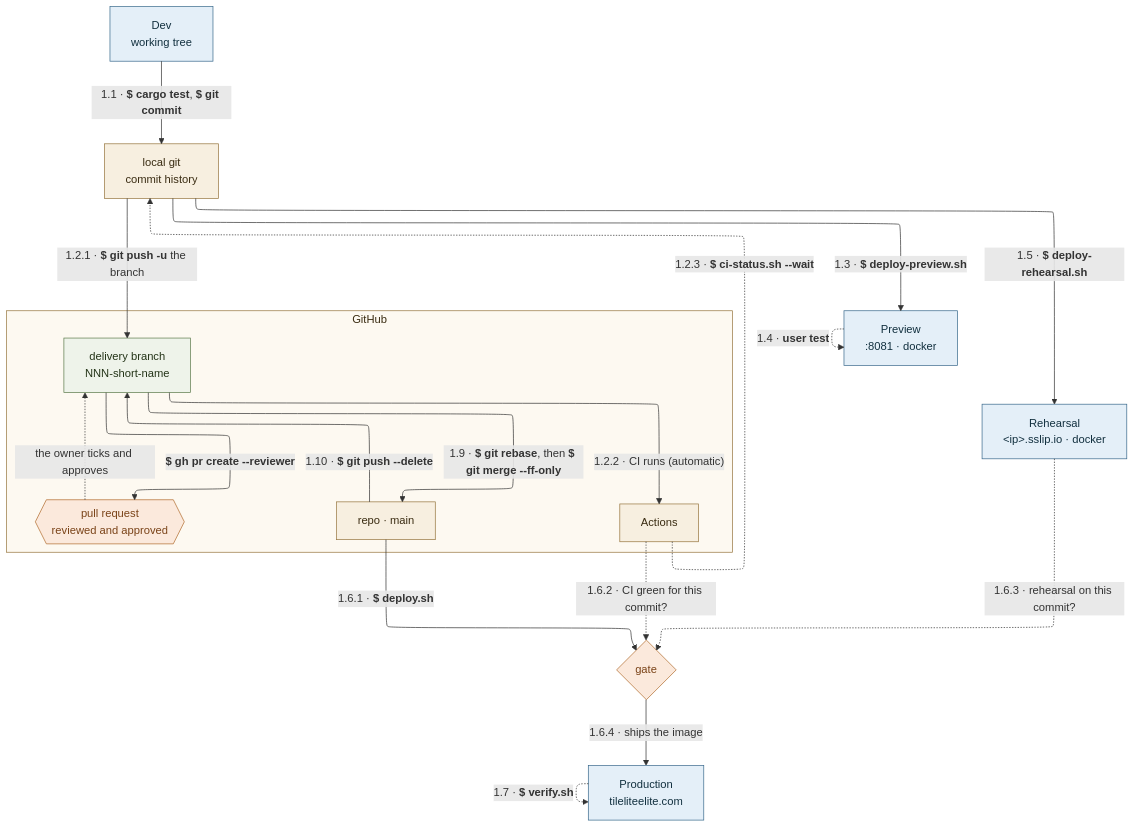
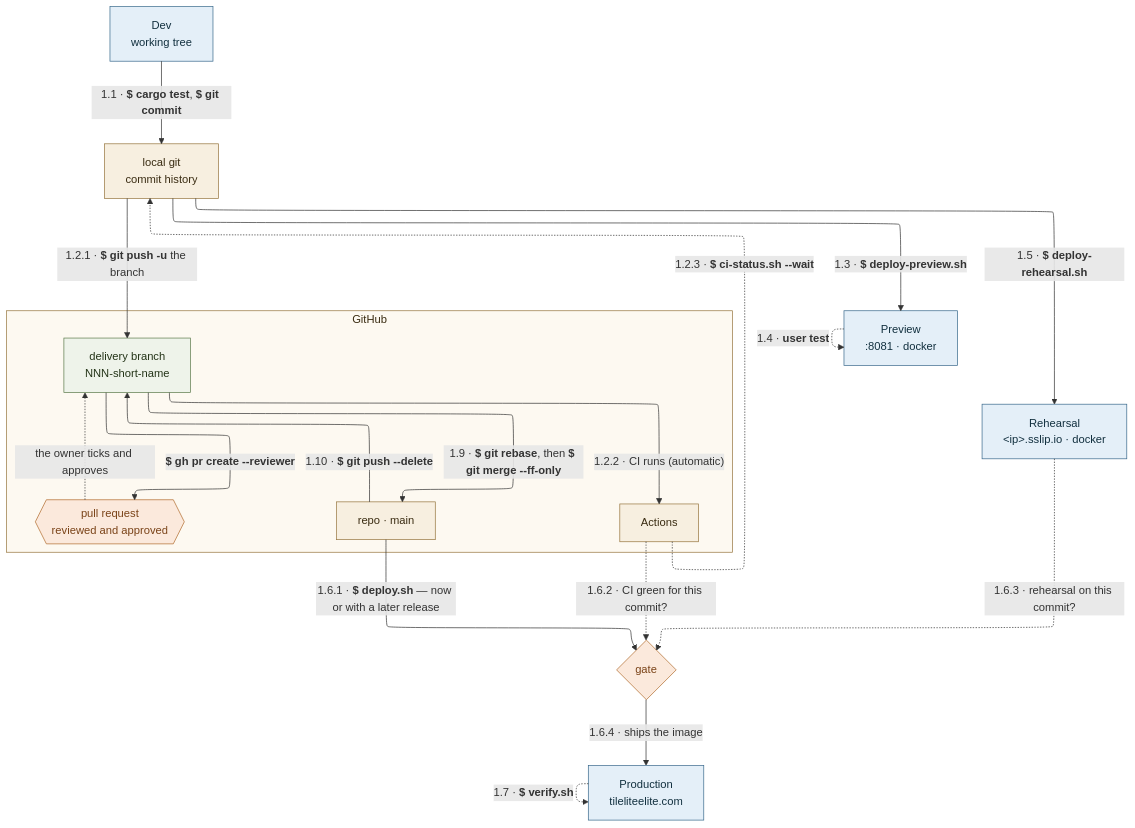
The diagram in docs/diagrams/flavour-c-single-delivery-release.mmd (delphside/programme), drawn with Mermaid before and after one commit. The commit also changed 3 other files, not shown here.

First line of the commit message:
app 0.8.1 api 2.13: the flavour diagrams carry D55

```diff
--- a/docs/diagrams/flavour-c-single-delivery-release.mmd
+++ b/docs/diagrams/flavour-c-single-delivery-release.mmd
@@ -1,65 +1,71 @@
 ---
 config:
   layout: elk
   elk:
     nodePlacementStrategy: BRANDES_KOEPF
 ---
 flowchart TB
     %% Flavour C — a release carrying one delivery. docs/3.3, the flavours
     %% table: 1.1, 1.2, 1.3, 1.4, 1.5, then 1.9, then 1.6, 1.7, 1.10.
     %% .
     %% Arrow numbers are docs/3.3 part 1 section numbers, so 1.9 sitting
     %% between 1.5 and 1.6 is not a mistake in the numbering — it is the
     %% point of the flavour. The release is proved on the branch, then main
     %% takes it by fast-forward, and production deploys main.
     %% .
     %% Why that order: main is what gets deployed, so an unproven release
     %% commit on main blocks every other release until it is proven or
     %% removed. docs/3.6 section 2.2.
+    %% .
+    %% Since D55 (#388), 1.6 need not follow 1.9 immediately. main is the
+    %% accumulating next release, so it may already carry other proven
+    %% deliveries and one deploy ships them together. Nothing in the order
+    %% below changes -- what changes is that the dashed wait between 1.9 and
+    %% 1.6 may be days, and this is the default flavour rather than D.
     %% .
     %% Preview does not feed the gate, and this is deliberate rather than an
     %% omission — but there IS a preview gate, counted by note_gate preview
     %% in deploy.sh. What preview cannot answer is whether somebody looked
     %% and was happy; what it does answer is whether the bits stood up.
     %% .
     %% 1.5 and 1.6 start at local git rather than Dev on purpose: both
     %% scripts check the commit out into a throwaway worktree and build
     %% that, so the working tree cannot reach either environment.
     DEV["Dev<br/>working tree"]
     LG["local git<br/>commit history"]
     subgraph GH["GitHub"]
         BR["delivery branch<br/>NNN-short-name"]
         PR{{"pull request<br/>reviewed and approved"}}
         MAIN["repo · main"]
         ACT["Actions"]
     end
     STG["Preview<br/>:8081 · docker"]
     REH["Rehearsal<br/>&lt;ip&gt;.sslip.io · docker"]
     PROD["Production<br/>tileliteelite.com"]
 
     DEV -->|"`1.1 · **$ cargo test**, **$ git commit**`"| LG
     LG -->|"`1.2.1 · **$ git push -u** the branch`"| BR
     BR -->|"1.2.2 · CI runs (automatic)"| ACT
     ACT -.->|"`1.2.3 · **$ ci-status.sh --wait**`"| LG
     BR -->|"`**$ gh pr create --reviewer**`"| PR
     PR -.->|"the owner ticks and approves"| BR
     LG -->|"`1.3 · **$ deploy-preview.sh**`"| STG
     STG -.->|"`1.4 · **user test**`"| STG
     LG -->|"`1.5 · **$ deploy-rehearsal.sh**`"| REH
     BR -->|"`1.9 · **$ git rebase**, then **$ git merge --ff-only**`"| MAIN
-    MAIN -->|"`1.6.1 · **$ deploy.sh**`"| GATE{"gate"}
+    MAIN -->|"`1.6.1 · **$ deploy.sh** — now or with a later release`"| GATE{"gate"}
     ACT -.->|"1.6.2 · CI green for this commit?"| GATE
     REH -.->|"1.6.3 · rehearsal on this commit?"| GATE
     GATE -->|"1.6.4 · ships the image"| PROD
     PROD -.->|"`1.7 · **$ verify.sh**`"| PROD
     MAIN -->|"`1.10 · **$ git push --delete**`"| BR
 
     classDef gate fill:#fbe9dc,stroke:#b06a2c,color:#7a4318
     classDef env fill:#e4eff8,stroke:#39698c,color:#12303f
     classDef repo fill:#f7efe0,stroke:#96763f,color:#3a2c12
     classDef branch fill:#eef3ea,stroke:#5c7a4a,color:#243418
     class DEV,STG,REH,PROD env
     class LG,MAIN,ACT repo
     class BR branch
     class PR,GATE gate
     style GH fill:#fdf9f1,stroke:#96763f,color:#3a2c12
```
